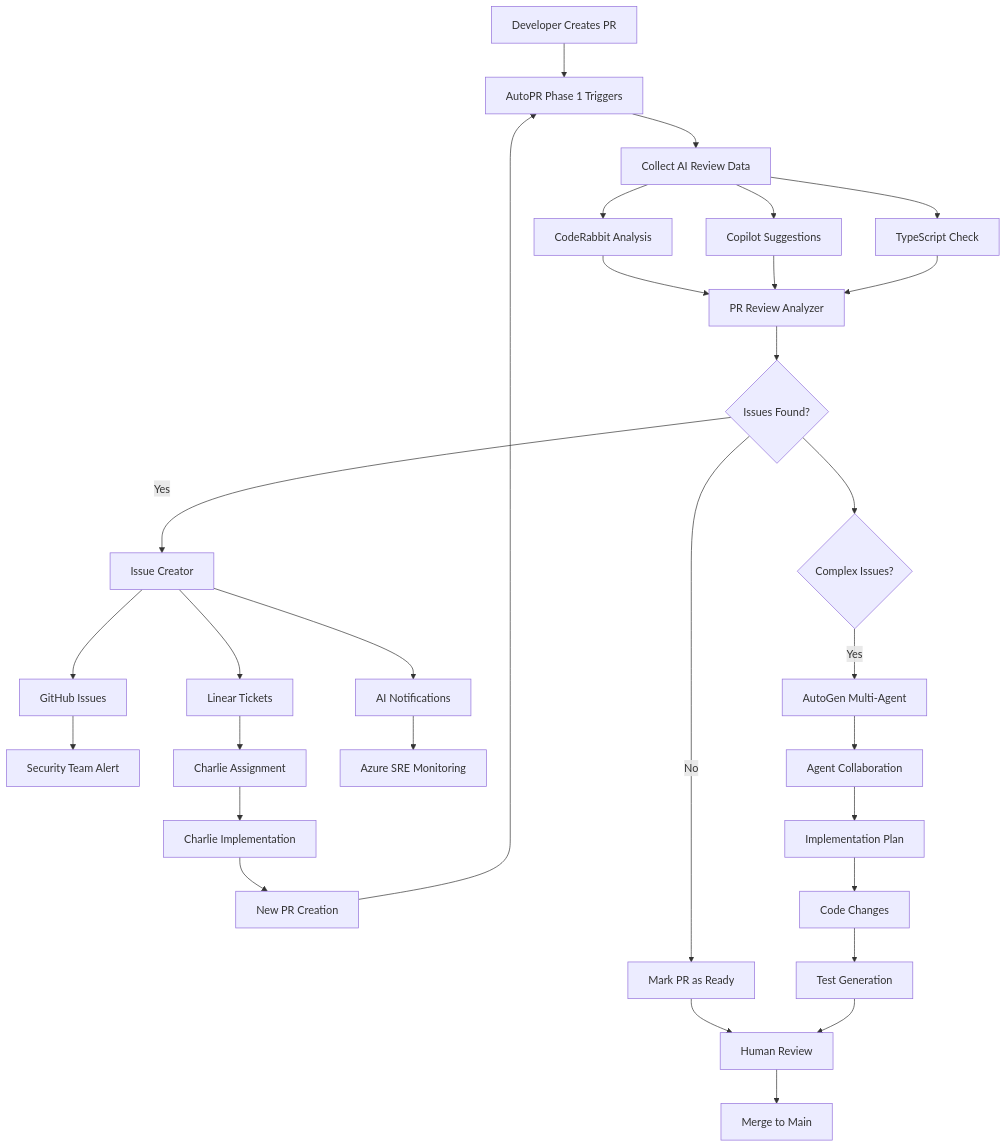
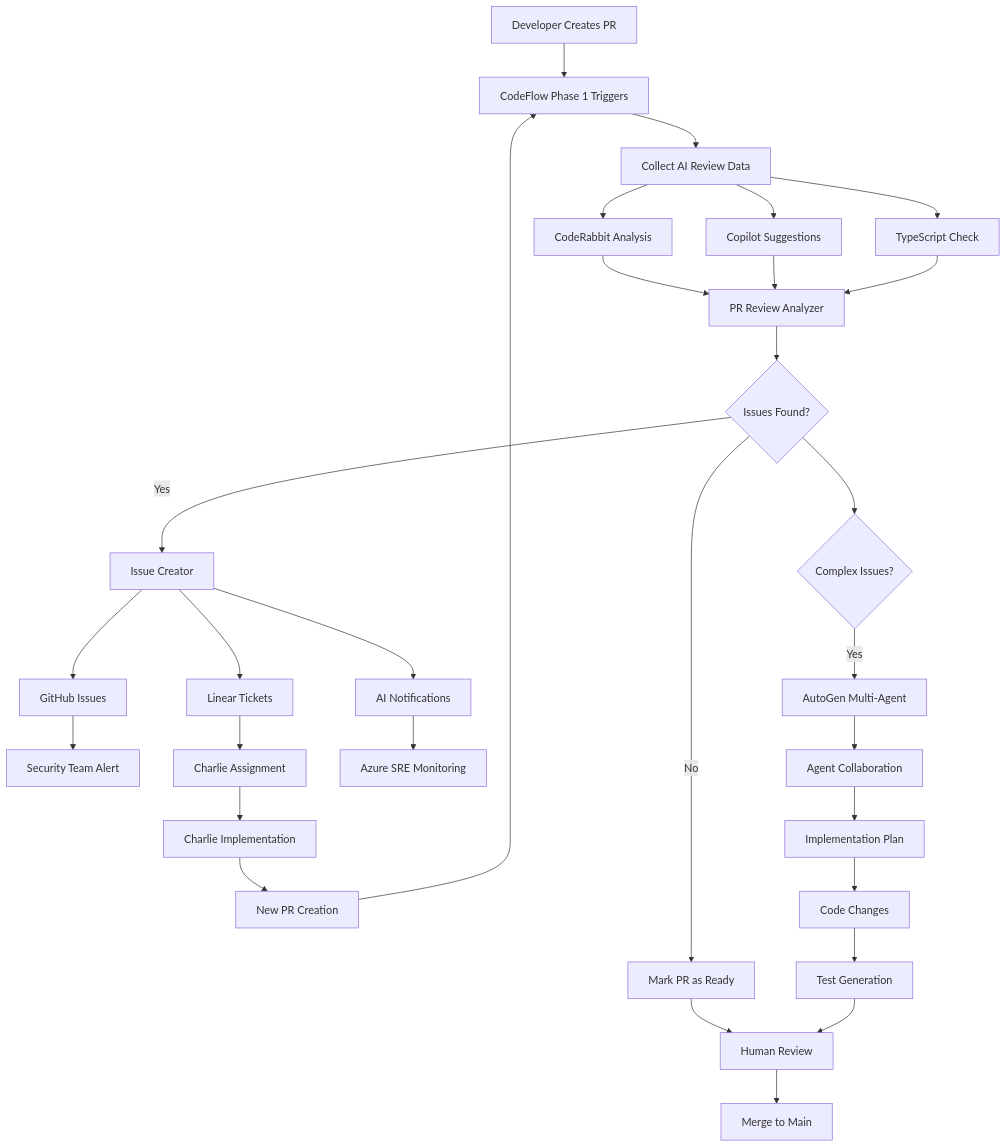
The diagram in docs/ai-bots-ecosystem/phase-1-implementation.md (JustAGhosT/codeflow-engine), drawn with Mermaid before and after one commit. The commit also changed other lines of this file and 421 other files, not shown here.

First line of the commit message:
chore: migrate AutoPR to CodeFlow branding

````diff
--- a/docs/ai-bots-ecosystem/phase-1-implementation.md
+++ b/docs/ai-bots-ecosystem/phase-1-implementation.md
@@ -113,39 +113,39 @@
 ```mermaid
 graph TD
-    A[Developer Creates PR] --> B[AutoPR Phase 1 Triggers]
+    A[Developer Creates PR] --> B[CodeFlow Phase 1 Triggers]
     B --> C[Collect AI Review Data]
     C --> D[CodeRabbit Analysis]
     C --> E[Copilot Suggestions]
     C --> F[TypeScript Check]
 
     D --> G[PR Review Analyzer]
     E --> G
     F --> G
 
     G --> H{Issues Found?}
     H -->|Yes| I[Issue Creator]
     H -->|No| J[Mark PR as Ready]
 
     I --> K[GitHub Issues]
     I --> L[Linear Tickets]
     I --> M[AI Notifications]
 
     K --> N[Security Team Alert]
     L --> O[Charlie Assignment]
     M --> P[Azure SRE Monitoring]
 
     O --> Q[Charlie Implementation]
     Q --> R[New PR Creation]
     R --> B
 
     H --> S{Complex Issues?}
     S -->|Yes| T[AutoGen Multi-Agent]
     T --> U[Agent Collaboration]
     U --> V[Implementation Plan]
     V --> W[Code Changes]
     W --> X[Test Generation]
 
     J --> Y[Human Review]
     X --> Y
     Y --> Z[Merge to Main]
 ```
````
